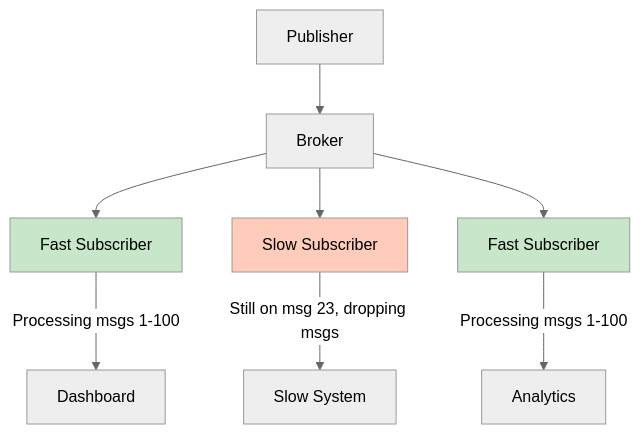
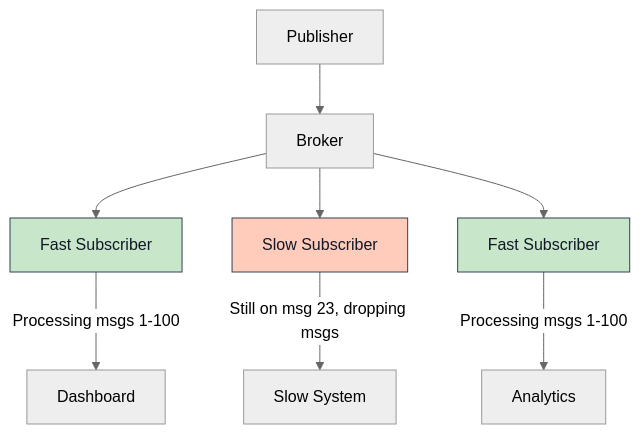
The third of 7 diagrams in docs-site/src/content/docs/architecture/semantics.md (gabloe/felix), drawn with Mermaid (neutral theme) before and after one commit. The commit also changed other lines of this file and 36 other files, not shown here.

````diff
--- a/docs-site/src/content/docs/architecture/semantics.md
+++ b/docs-site/src/content/docs/architecture/semantics.md
@@ -154,15 +154,15 @@
 ```mermaid
 graph TB
     P[Publisher] --> B[Broker]
     B --> S1[Fast Subscriber]
     B --> S2[Slow Subscriber]
     B --> S3[Fast Subscriber]
     
     S1 -->|Processing msgs 1-100| D1[Dashboard]
     S2 -->|Still on msg 23, dropping msgs| D2[Slow System]
     S3 -->|Processing msgs 1-100| D3[Analytics]
     
-    style S1 fill:#c8e6c9
-    style S2 fill:#ffccbc
-    style S3 fill:#c8e6c9
+    style S1 fill:#c8e6c9,stroke:#334155,color:#111827
+    style S2 fill:#ffccbc,stroke:#334155,color:#111827
+    style S3 fill:#c8e6c9,stroke:#334155,color:#111827
 ```
````
